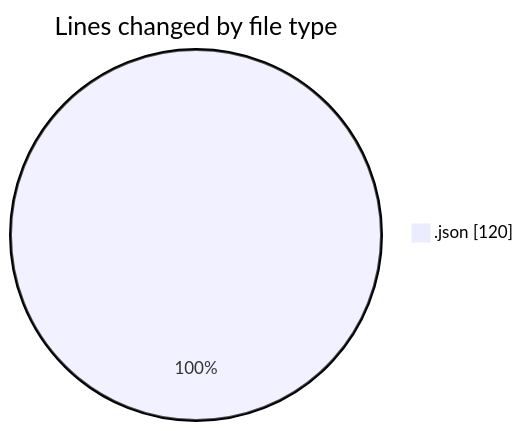
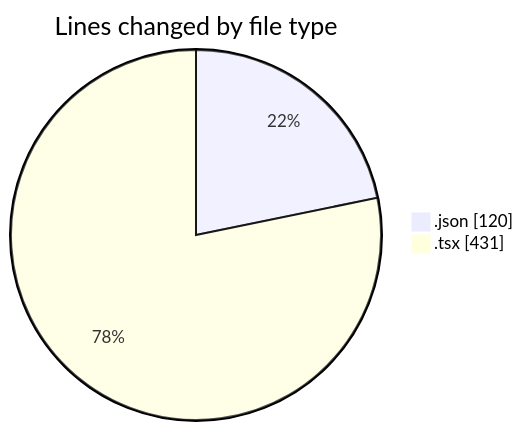
Before and after one commit to 3Nya3/code-tracking: the first of 2 diagrams in 2024-12-31/nyah/README.md, drawn with Mermaid. The commit also changed other lines of this file and 1 other file, not shown here.

````diff
--- a/2024-12-31/nyah/README.md
+++ b/2024-12-31/nyah/README.md
@@ -20,5 +21,6 @@
 ```mermaid
 pie showData
 title Lines changed by file type
 ".json" : 120
+".tsx" : 431
 ```
````
